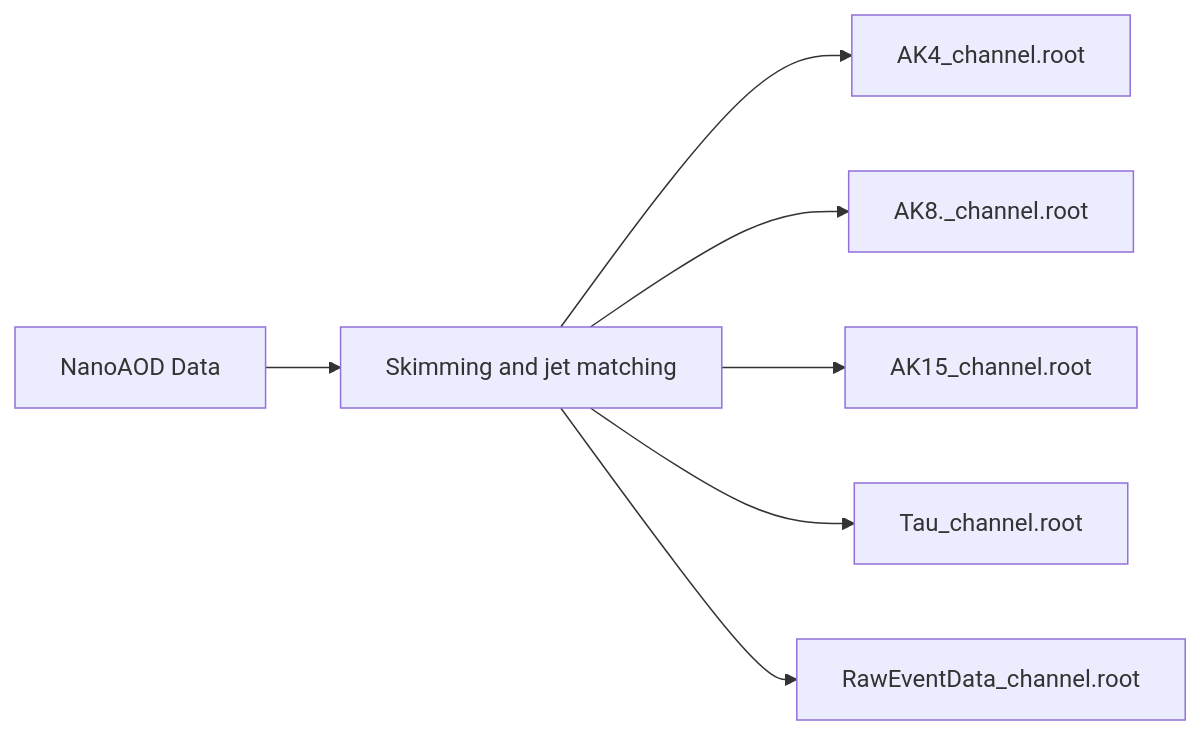
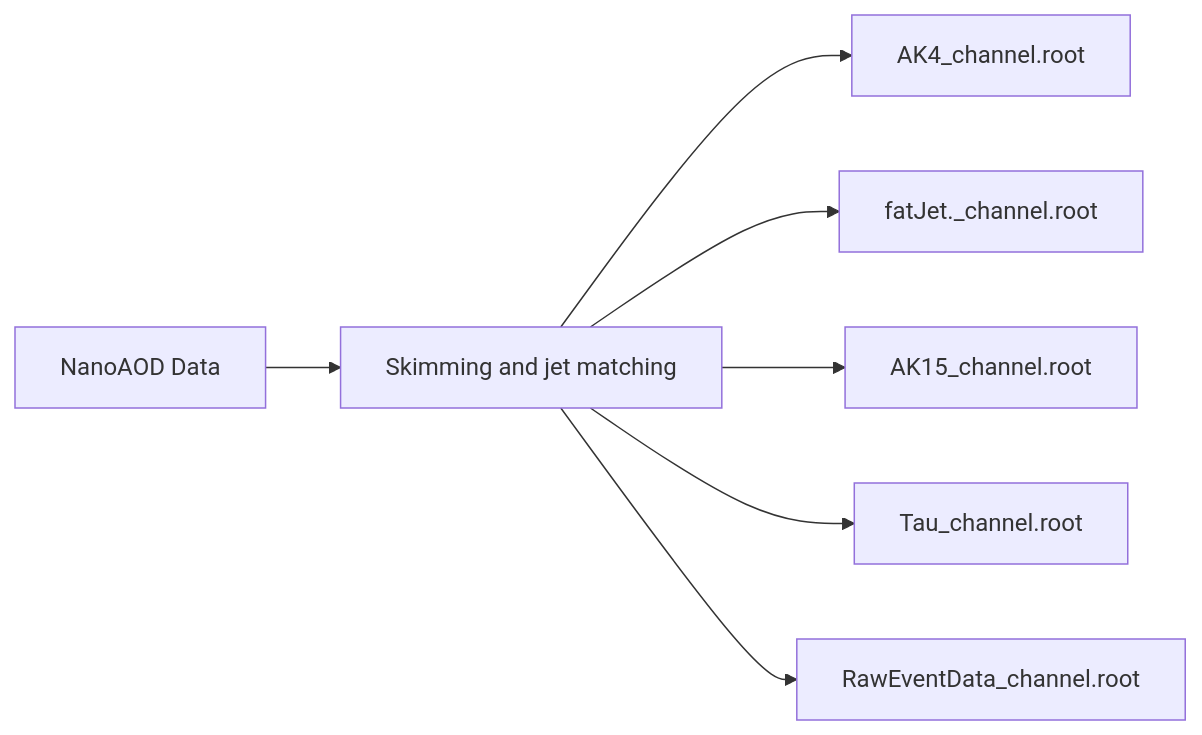
Before and after one commit to roinemilko/Htautau: the diagram in data_workflow/README.md, drawn with Mermaid.

````diff
--- a/data_workflow/README.md
+++ b/data_workflow/README.md
@@ -3,9 +3,9 @@
 ```mermaid
 flowchart LR
 A[NanoAOD Data] --> B[Skimming and jet matching] 
 B-->C[AK4_channel.root]
-B-->D[AK8._channel.root]
+B-->D[fatJet._channel.root]
 B-->E[AK15_channel.root ]
 B-->F[Tau_channel.root]
 B-->G[RawEventData_channel.root]
 ```
````
